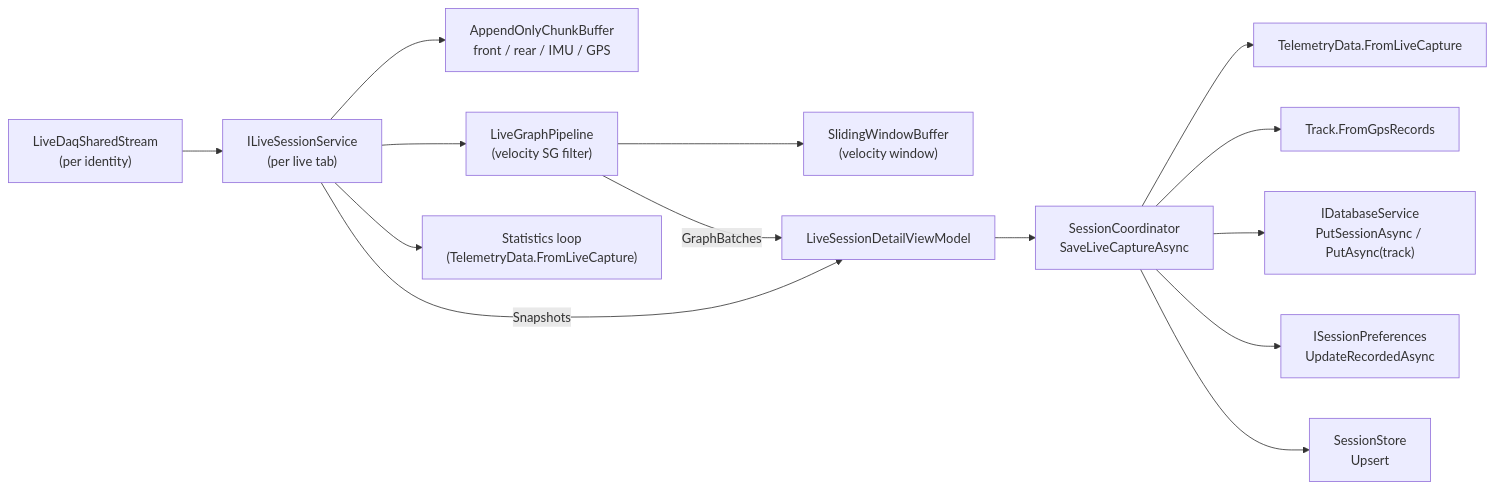
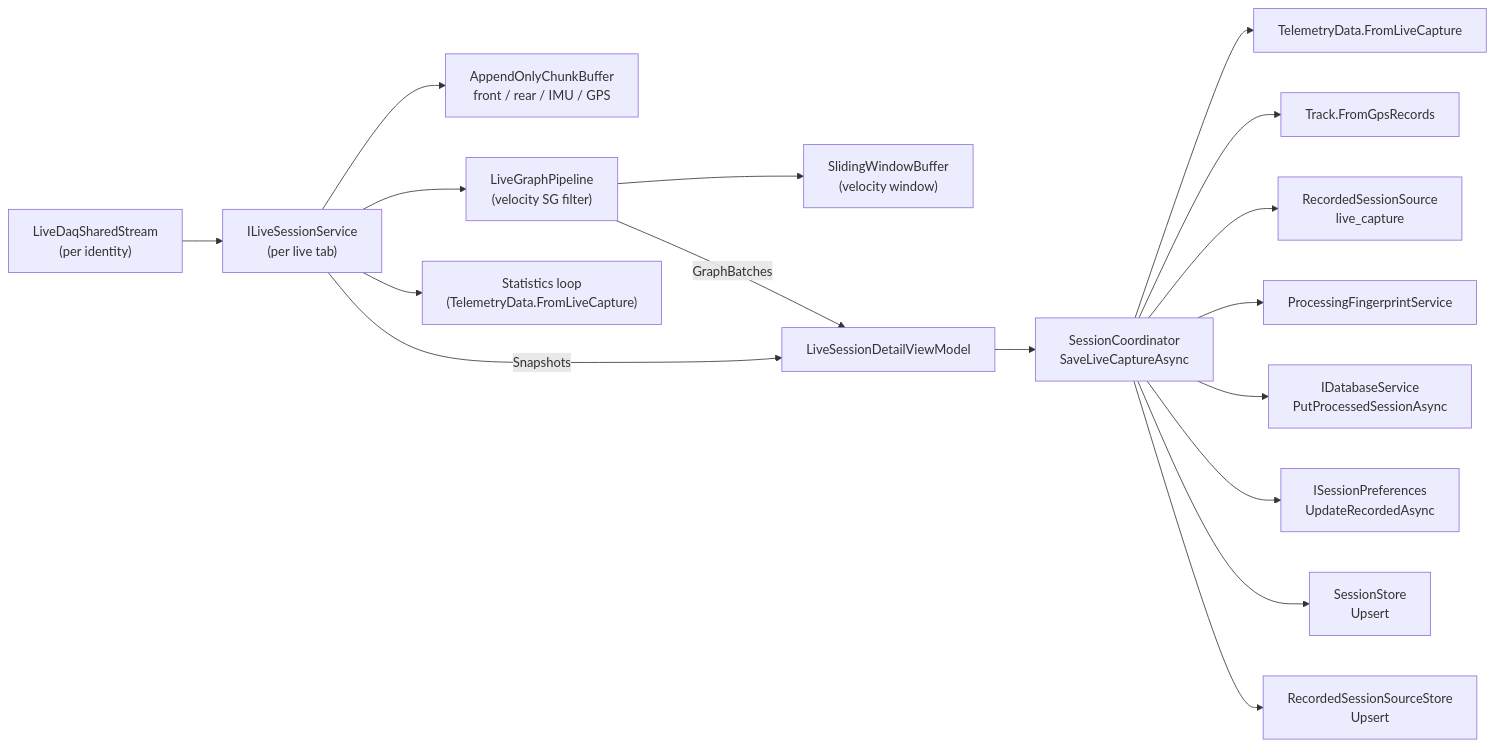
One commit to MoridinBG/Sufni.app changed the diagram in docs/architecture/live-session.md. Above: the diagram before and after it, drawn with Mermaid. The commit also changed other lines of this file and 10 other files, not shown here.

````diff
--- a/docs/architecture/live-session.md
+++ b/docs/architecture/live-session.md
@@ -30,16 +30,19 @@
 ```mermaid
 graph LR
     Shared["LiveDaqSharedStream<br/>(per identity)"] --> Service["ILiveSessionService<br/>(per live tab)"]
     Service --> AppendBufs["AppendOnlyChunkBuffer<br/>front / rear / IMU / GPS"]
     Service --> GraphPipe["LiveGraphPipeline<br/>(velocity SG filter)"]
     Service --> StatsLoop["Statistics loop<br/>(TelemetryData.FromLiveCapture)"]
     GraphPipe --> SlidingBuf["SlidingWindowBuffer<br/>(velocity window)"]
     Service -->|"Snapshots"| DetailVM["LiveSessionDetailViewModel"]
     GraphPipe -->|"GraphBatches"| DetailVM
     DetailVM --> Coord["SessionCoordinator<br/>SaveLiveCaptureAsync"]
     Coord --> Telemetry["TelemetryData.FromLiveCapture"]
     Coord --> Track["Track.FromGpsRecords"]
-    Coord --> DB["IDatabaseService<br/>PutSessionAsync / PutAsync(track)"]
+    Coord --> Source["RecordedSessionSource<br/>live_capture"]
+    Coord --> Fingerprint["ProcessingFingerprintService"]
+    Coord --> DB["IDatabaseService<br/>PutProcessedSessionAsync"]
     Coord --> Prefs["ISessionPreferences<br/>UpdateRecordedAsync"]
     Coord --> Store["SessionStore<br/>Upsert"]
+    Coord --> SourceStore["RecordedSessionSourceStore<br/>Upsert"]
 ```
````
